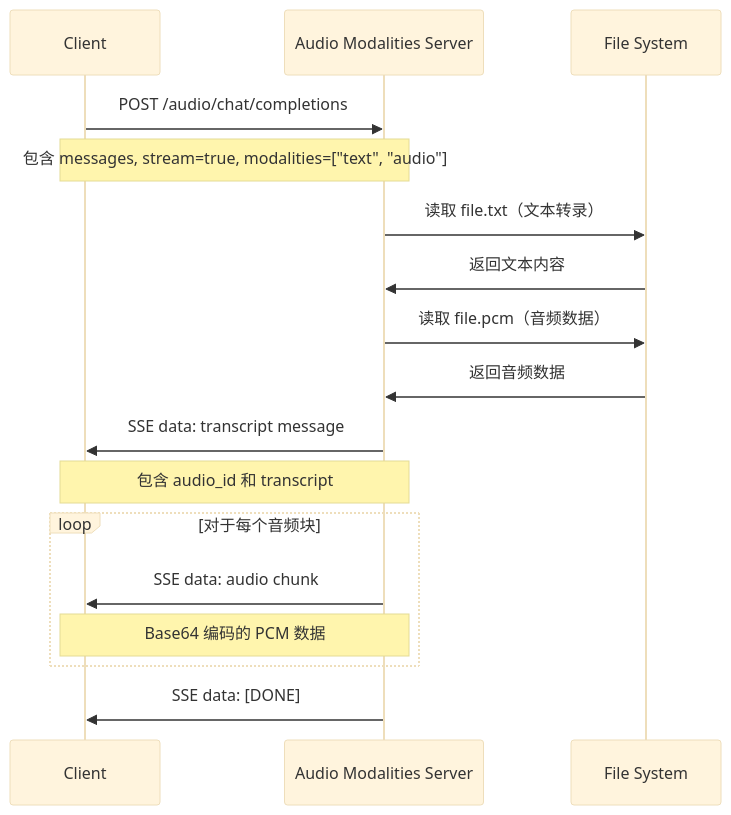
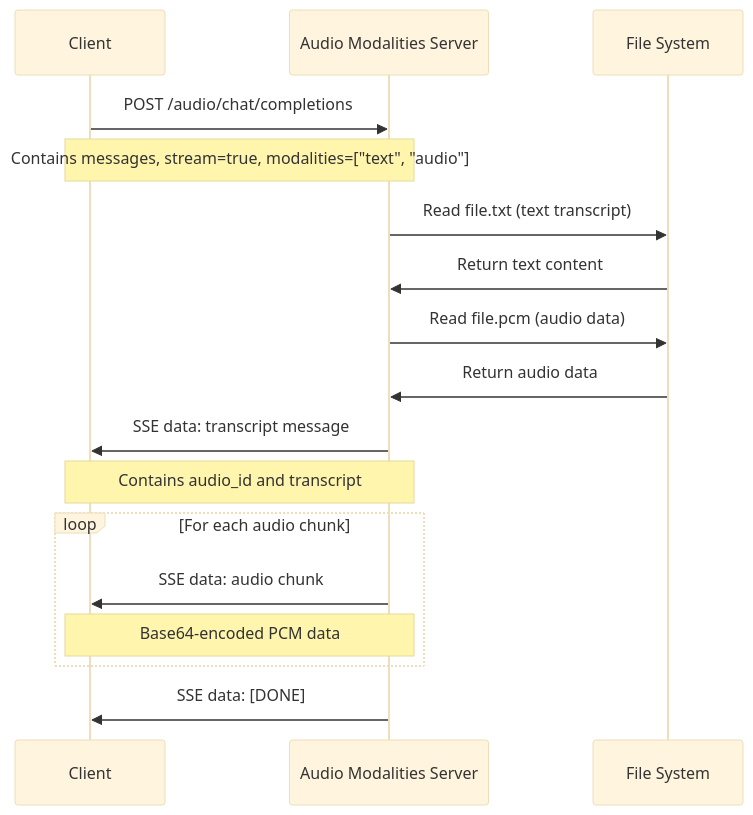
The second of 2 diagrams in server-audio-modalities/README.md (alienzh/Agora-AI-Recipes-Starter), drawn with Mermaid (base theme) before and after one commit. The commit also changed other lines of this file and 1 other file, not shown here.

Commit message:
docs(server-audio-modalites): translate comments to English and add Chinese README

````diff
--- a/server-audio-modalities/README.md
+++ b/server-audio-modalities/README.md
@@ -225,25 +227,25 @@
 ```mermaid
 sequenceDiagram
     participant Client
     participant Server as Audio Modalities Server
     participant FS as File System
 
     Client->>Server: POST /audio/chat/completions
-    Note over Client,Server: 包含 messages, stream=true, modalities=["text", "audio"]
+    Note over Client,Server: Contains messages, stream=true, modalities=["text", "audio"]
 
-    Server->>FS: 读取 file.txt（文本转录）
-    FS->>Server: 返回文本内容
+    Server->>FS: Read file.txt (text transcript)
+    FS->>Server: Return text content
 
-    Server->>FS: 读取 file.pcm（音频数据）
-    FS->>Server: 返回音频数据
+    Server->>FS: Read file.pcm (audio data)
+    FS->>Server: Return audio data
 
     Server->>Client: SSE data: transcript message
-    Note over Server,Client: 包含 audio_id 和 transcript
+    Note over Server,Client: Contains audio_id and transcript
 
-    loop 对于每个音频块
+    loop For each audio chunk
         Server->>Client: SSE data: audio chunk
-        Note over Server,Client: Base64 编码的 PCM 数据
+        Note over Server,Client: Base64-encoded PCM data
     end
 
     Server->>Client: SSE data: [DONE]
 ```
````
